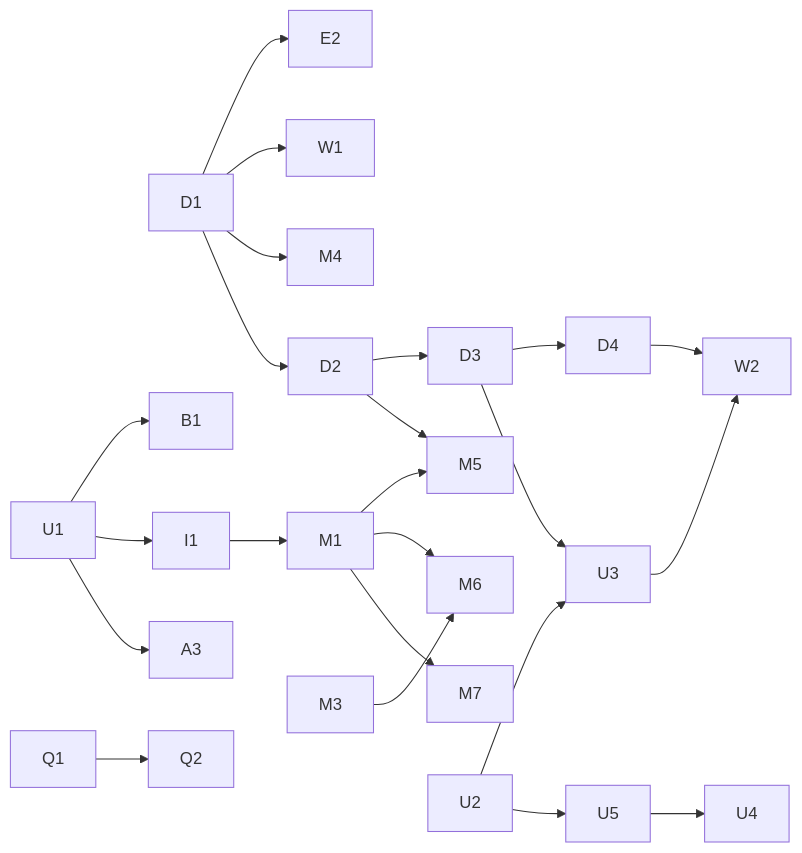
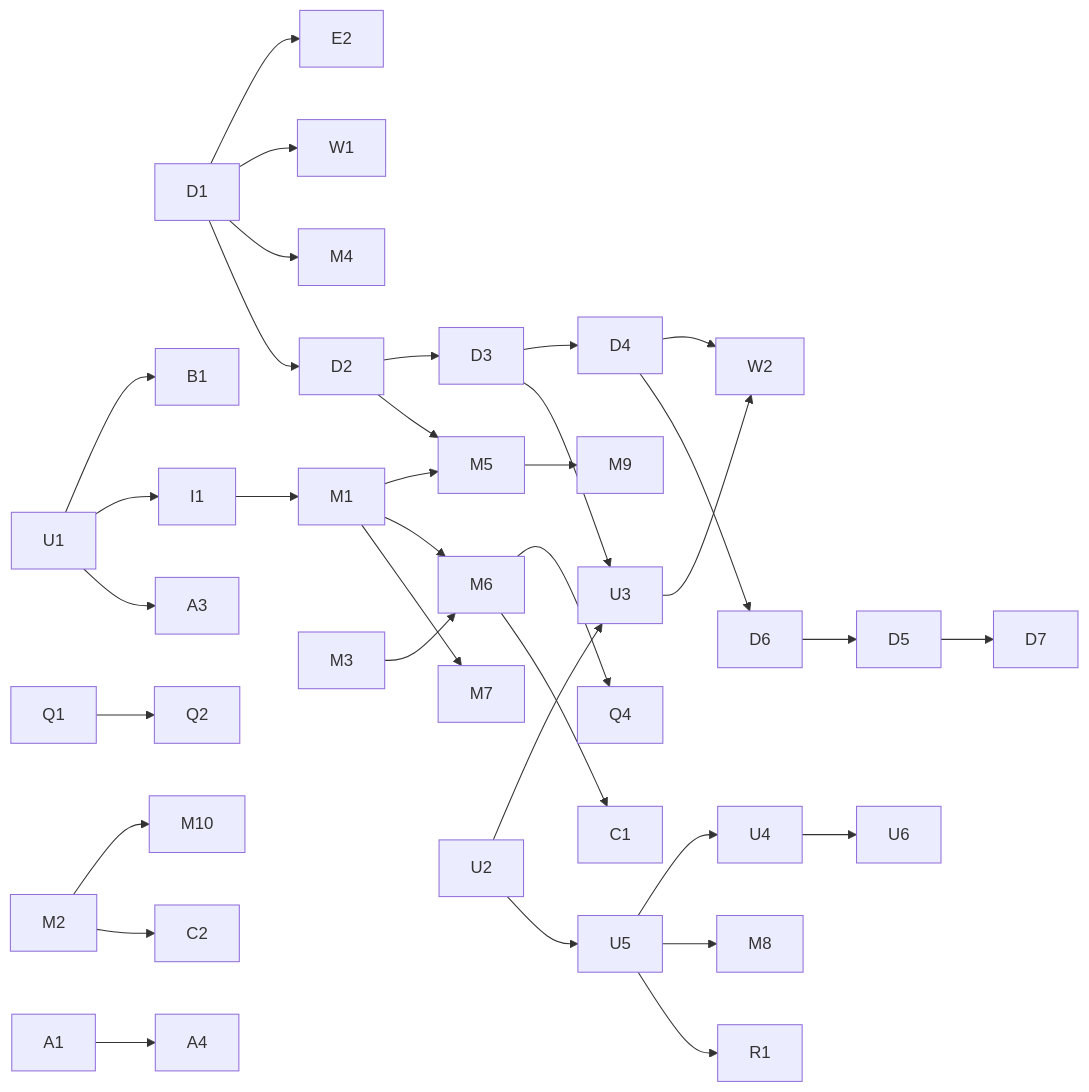
One commit to nakaba9696/trpg-game changed the diagram in docs/ROADMAP.md. Above: the diagram before and after it, drawn with Mermaid. The commit also changed other lines of this file and 8 other files, not shown here.

````diff
--- a/docs/ROADMAP.md
+++ b/docs/ROADMAP.md
@@ -83,19 +103,28 @@
 ```mermaid
 graph LR
   D1 --> E2
   D1 --> W1
   D1 --> M4
   D1 --> D2 --> D3 --> D4 --> W2
   D2 --> M5
   U1 --> B1
   U1 --> I1 --> M1
   U1 --> A3
   Q1 --> Q2
   M1 --> M5
   M1 --> M6
   M1 --> M7
   M3 --> M6
   U2 --> U3
-  U2 --> U5 --> U4
+  U2 --> U5 --> U4 --> U6
+  M6 --> Q4
+  M6 --> C1
+  M5 --> M9
+  M2 --> M10
+  M2 --> C2
+  U5 --> M8
+  U5 --> R1
+  D4 --> D6 --> D5 --> D7
+  A1 --> A4
   D3 --> U3 --> W2
 ```
````
